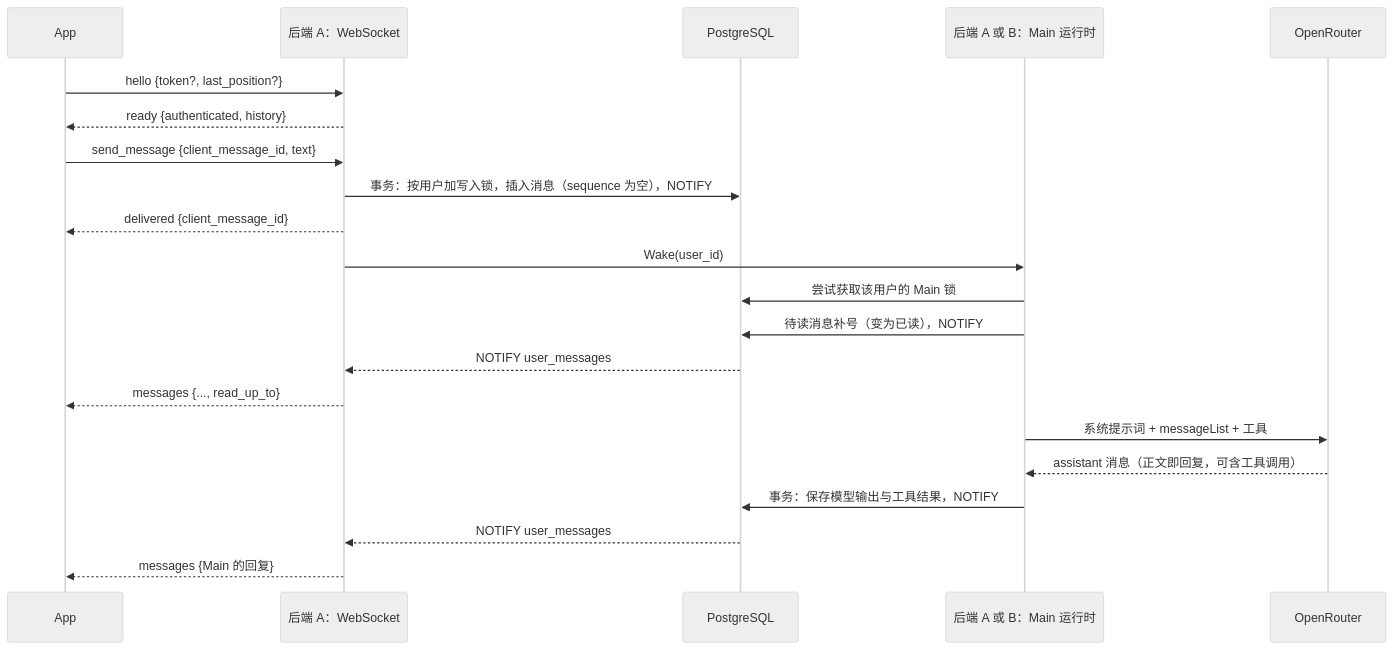
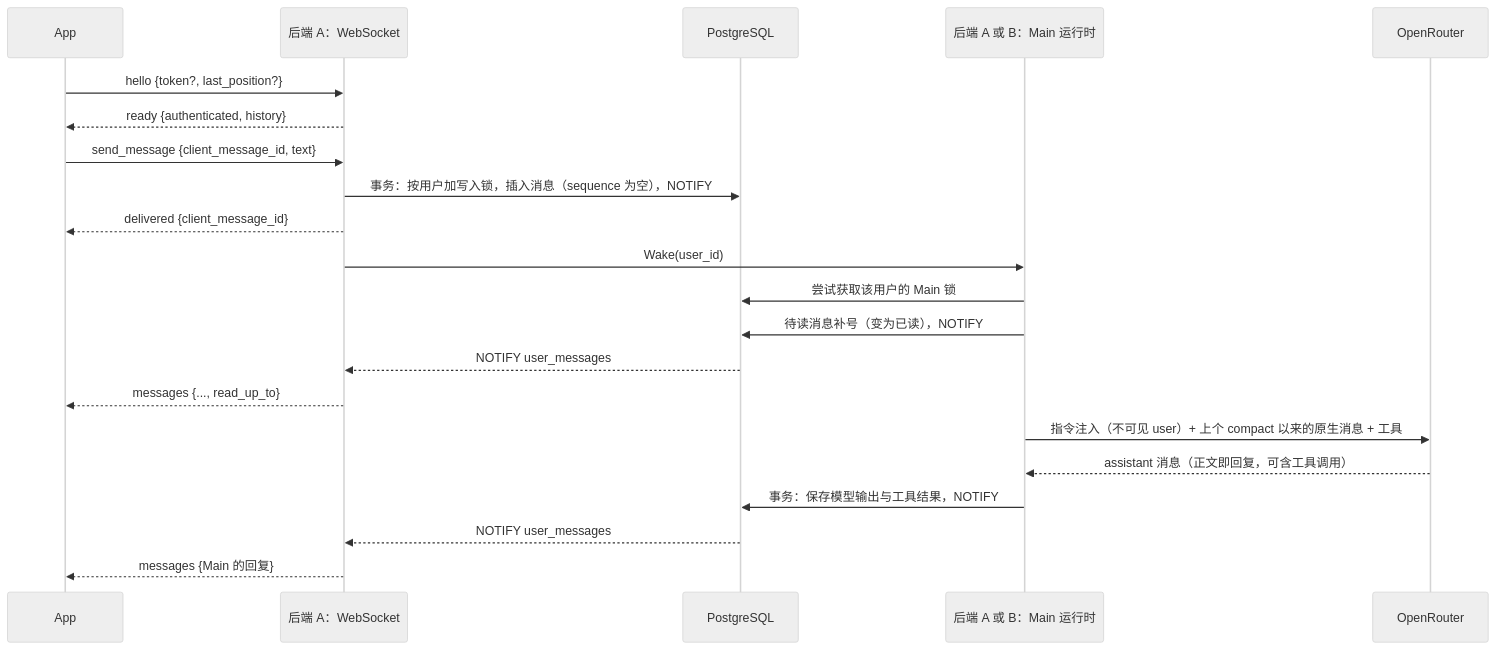
One commit to OmniNetOpensource/aether-personal changed the diagram in docs/wiki/04-messaging.md. Above: the diagram before and after it, drawn with Mermaid (neutral theme). The commit also changed other lines of this file and 12 other files, not shown here.

````diff
--- a/docs/wiki/04-messaging.md
+++ b/docs/wiki/04-messaging.md
@@ -34,24 +34,24 @@
 ```mermaid
 sequenceDiagram
     participant App
     participant WS as 后端 A：WebSocket
     participant DB as PostgreSQL
     participant Runner as 后端 A 或 B：Main 运行时
     participant Model as OpenRouter
 
     App->>WS: hello {token?, last_position?}
     WS-->>App: ready {authenticated, history}
     App->>WS: send_message {client_message_id, text}
     WS->>DB: 事务：按用户加写入锁，插入消息（sequence 为空），NOTIFY
     WS-->>App: delivered {client_message_id}
     WS->>Runner: Wake(user_id)
     Runner->>DB: 尝试获取该用户的 Main 锁
     Runner->>DB: 待读消息补号（变为已读），NOTIFY
     DB-->>WS: NOTIFY user_messages
     WS-->>App: messages {..., read_up_to}
-    Runner->>Model: 系统提示词 + messageList + 工具
+    Runner->>Model: 指令注入（不可见 user）+ 上个 compact 以来的原生消息 + 工具
     Model-->>Runner: assistant 消息（正文即回复，可含工具调用）
     Runner->>DB: 事务：保存模型输出与工具结果，NOTIFY
     DB-->>WS: NOTIFY user_messages
     WS-->>App: messages {Main 的回复}
 ```
````
